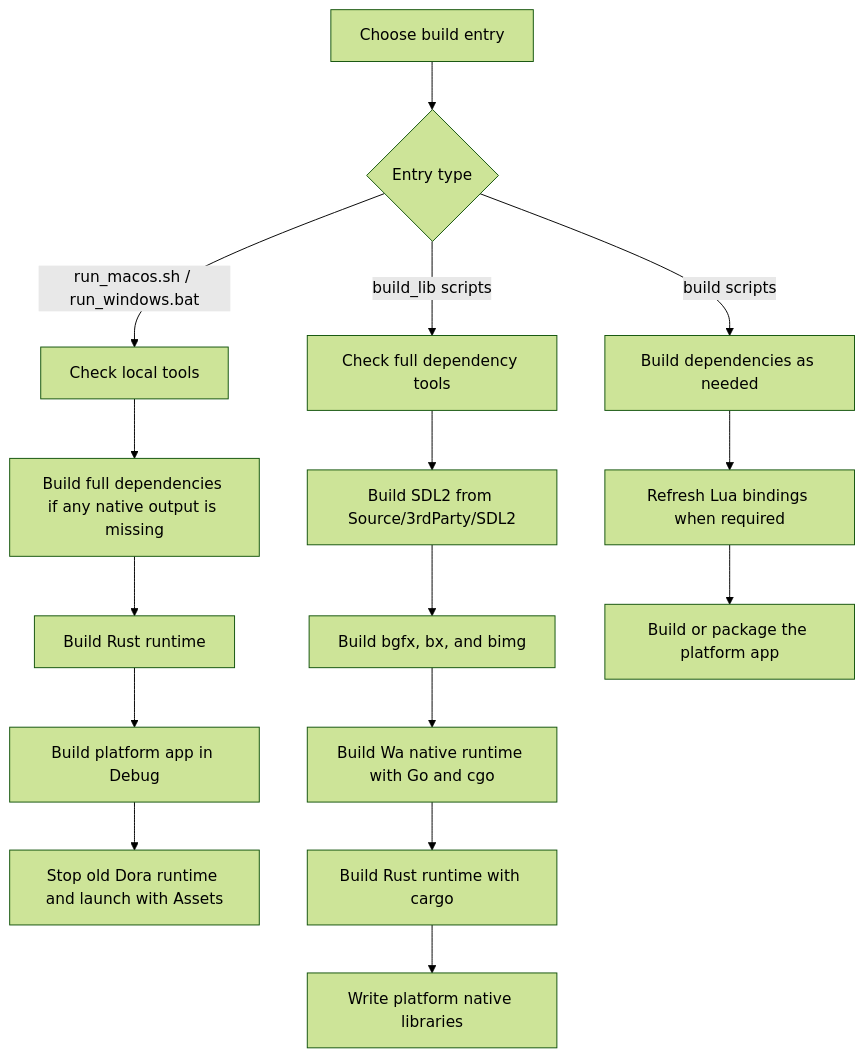
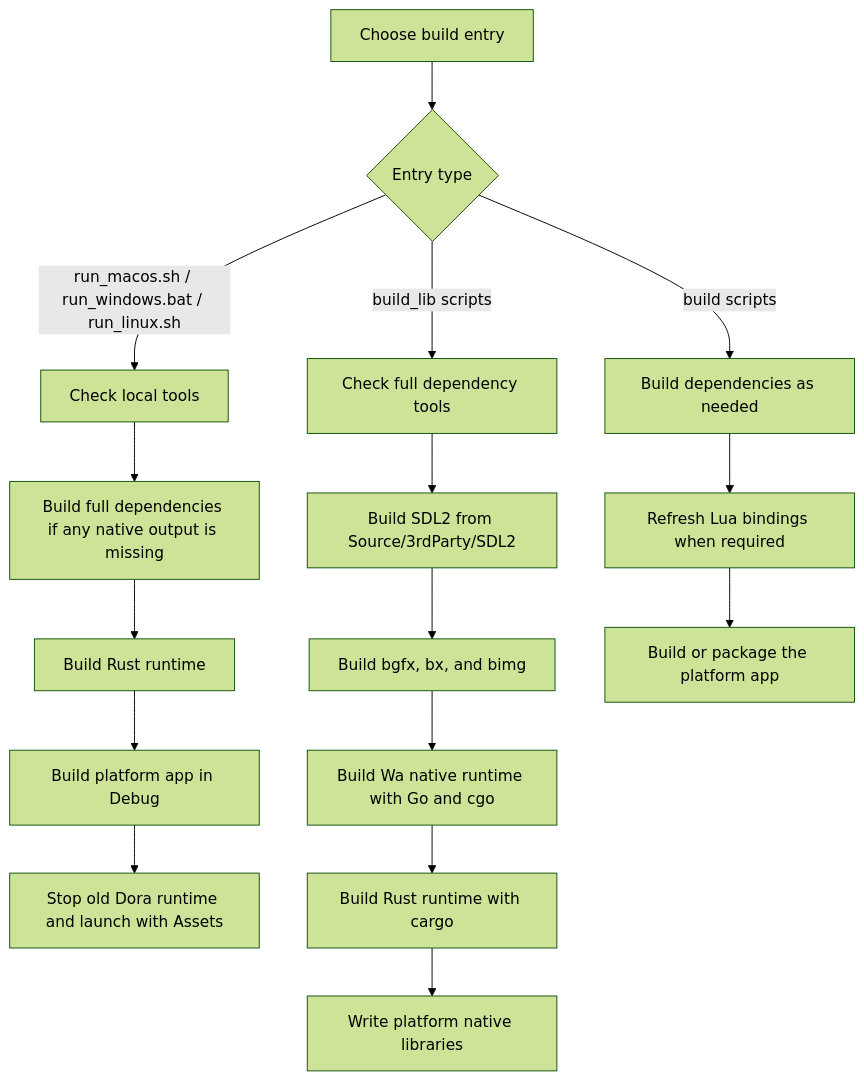
One commit to IppClub/Dora-SSR changed the diagram in Docs/docs/tutorial/120.dev-configuration.mdx. Above: the diagram before and after it, drawn with Mermaid (forest theme). The commit also changed other lines of this file and 4 other files, not shown here.

Commit message:
Add Linux run script and fix shutdown cleanup

````diff
--- a/Docs/docs/tutorial/120.dev-configuration.mdx
+++ b/Docs/docs/tutorial/120.dev-configuration.mdx
@@ -241,20 +237,20 @@
 ```mermaid
 flowchart TD
 	A["Choose build entry"] --> B{"Entry type"}
-	B -->|"run_macos.sh / run_windows.bat"| C["Check local tools"]
+	B -->|"run_macos.sh / run_windows.bat / run_linux.sh"| C["Check local tools"]
 	C --> D["Build full dependencies if any native output is missing"]
 	D --> E["Build Rust runtime"]
 	E --> F["Build platform app in Debug"]
 	F --> G["Stop old Dora runtime and launch with Assets"]
 
 	B -->|"build_lib scripts"| H["Check full dependency tools"]
 	H --> I["Build SDL2 from Source/3rdParty/SDL2"]
 	I --> J["Build bgfx, bx, and bimg"]
 	J --> K["Build Wa native runtime with Go and cgo"]
 	K --> L["Build Rust runtime with cargo"]
 	L --> M["Write platform native libraries"]
 
 	B -->|"build scripts"| N["Build dependencies as needed"]
 	N --> O["Refresh Lua bindings when required"]
 	O --> P["Build or package the platform app"]
 ```
````
